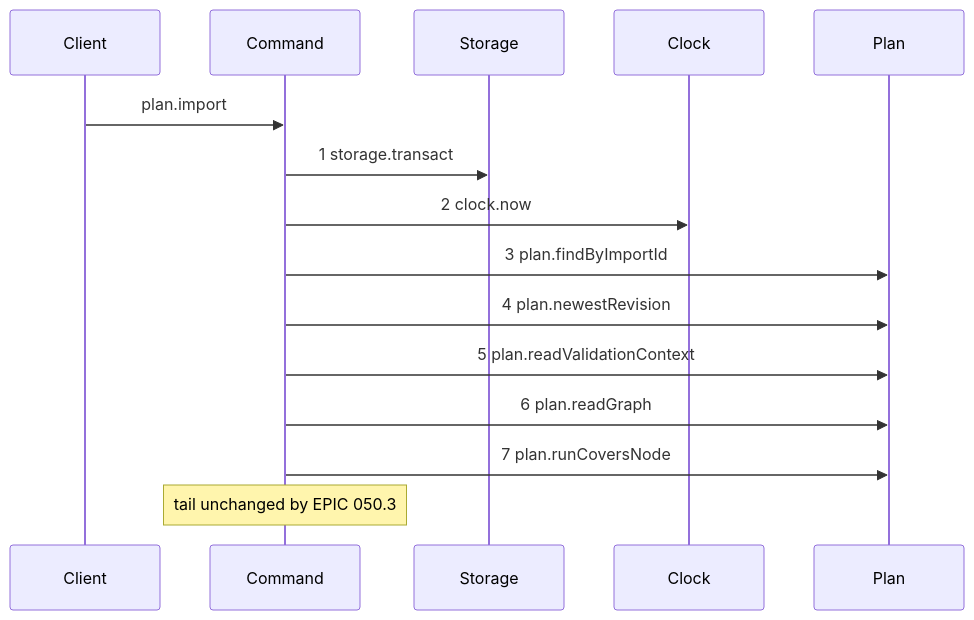
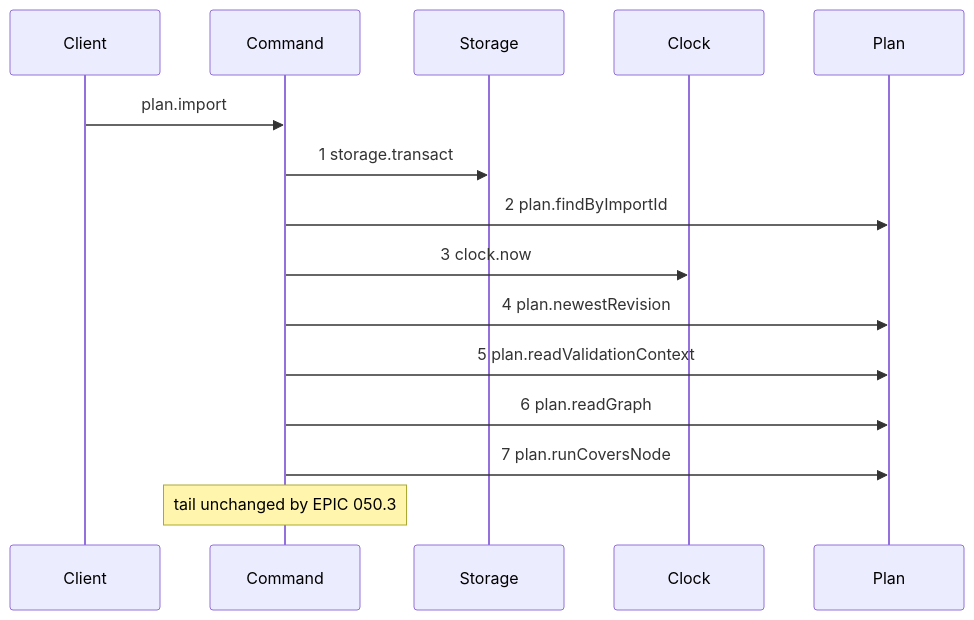
One commit to kanthorlabs/kanthord-engine changed the second of 2 diagrams in .agents/plan/stories/050.3-the-plan-write-guard/06-the-import-plan-guard.md. Above: the diagram before and after it, drawn with Mermaid. The commit also changed other lines of this file and 52 other files, not shown here.

````diff
--- a/.agents/plan/stories/050.3-the-plan-write-guard/06-the-import-plan-guard.md
+++ b/.agents/plan/stories/050.3-the-plan-write-guard/06-the-import-plan-guard.md
@@ -57,17 +58,17 @@
 ```mermaid
 sequenceDiagram
     participant Client
     participant Command
     participant Storage
     participant Clock
     participant Plan
     Client->>Command: plan.import
     Command->>Storage: 1 storage.transact
-    Command->>Clock: 2 clock.now
-    Command->>Plan: 3 plan.findByImportId
+    Command->>Plan: 2 plan.findByImportId
+    Command->>Clock: 3 clock.now
     Command->>Plan: 4 plan.newestRevision
     Command->>Plan: 5 plan.readValidationContext
     Command->>Plan: 6 plan.readGraph
     Command->>Plan: 7 plan.runCoversNode
     note over Command: tail unchanged by EPIC 050.3
 ```
````
